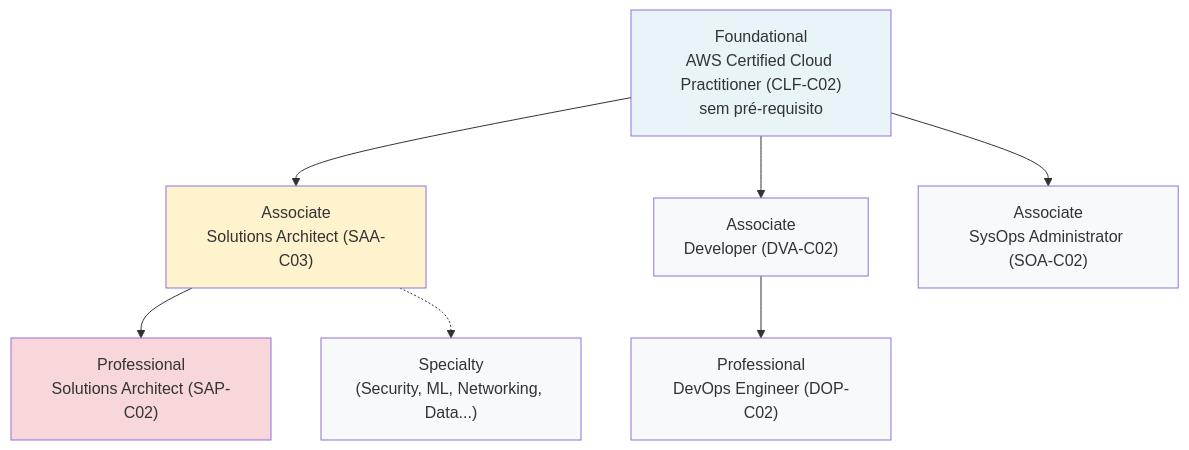
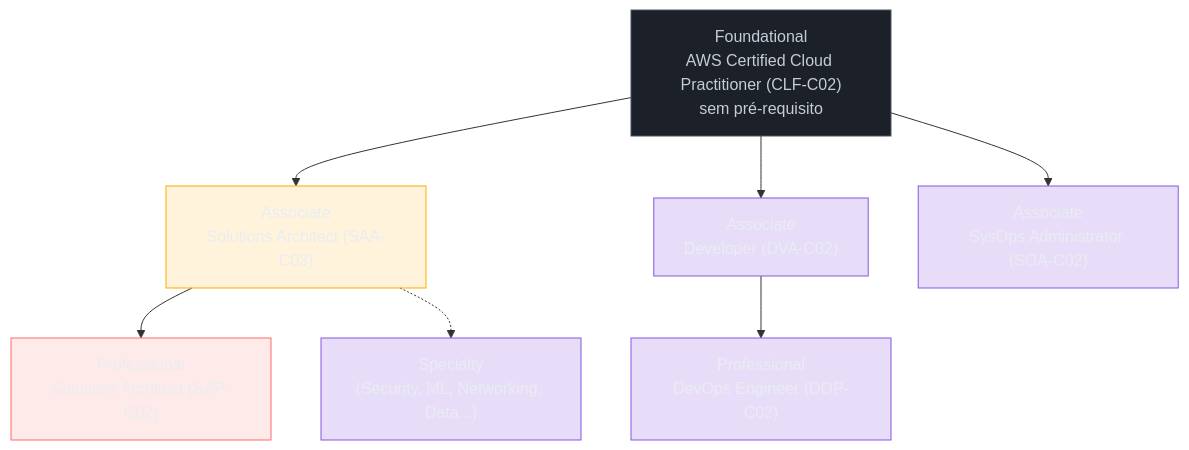
Before and after one commit to josenaldo/codex-technomanticus: the second of 2 diagrams in 03-Dominios/Tecnologia/Cloud/24 - Certificação AWS Solutions Architect Associate/01 - O exame e seu valor.md, drawn with Mermaid. The commit also changed 1181 other files, not shown here.

First line of the commit message:
fix(diagramas): paleta do sistema no lugar de cor cravada no markdown

````diff
--- a/03-Dominios/Tecnologia/Cloud/24 - Certificação AWS Solutions Architect Associate/01 - O exame e seu valor.md
+++ b/03-Dominios/Tecnologia/Cloud/24 - Certificação AWS Solutions Architect Associate/01 - O exame e seu valor.md
@@ -133,18 +133,22 @@
 ```mermaid
 flowchart TB
+    classDef neutro fill:#1B2029,stroke:#4E5666,color:#C6CCD8
+    classDef destaque fill:#FFAA0024,stroke:#FFAA00,color:#E9ECF2
+    classDef marca fill:#8855DF33,stroke:#8855DF,color:#E9ECF2
+    classDef falha fill:#FF6B6B24,stroke:#FF6B6B,color:#E9ECF2
     F["Foundational<br/>AWS Certified Cloud Practitioner (CLF-C02)<br/>sem pré-requisito"]
     F --> A1["Associate<br/>Solutions Architect (SAA-C03)"]
     F --> A2["Associate<br/>Developer (DVA-C02)"]
     F --> A3["Associate<br/>SysOps Administrator (SOA-C02)"]
     A1 --> P1["Professional<br/>Solutions Architect (SAP-C02)"]
     A2 --> P2["Professional<br/>DevOps Engineer (DOP-C02)"]
     A1 -.-> Sp["Specialty<br/>(Security, ML, Networking, Data...)"]
 
-    style F fill:#e8f4f8
-    style A1 fill:#fff3cd
-    style A2 fill:#f8f9fa
-    style A3 fill:#f8f9fa
-    style P1 fill:#f8d7da
-    style P2 fill:#f8f9fa
-    style Sp fill:#f8f9fa
+    class F neutro
+    class A1 destaque
+    class A2 marca
+    class A3 marca
+    class P1 falha
+    class P2 marca
+    class Sp marca
 ```
````
